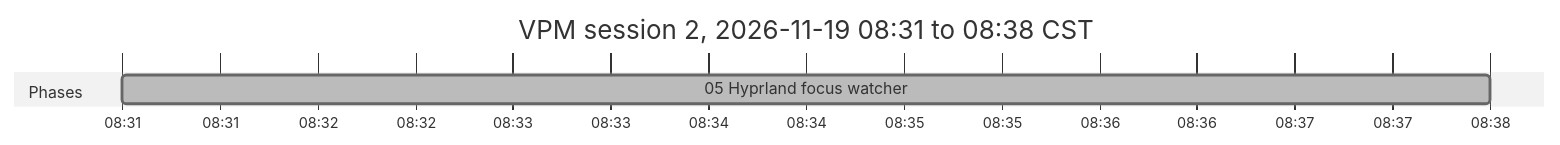
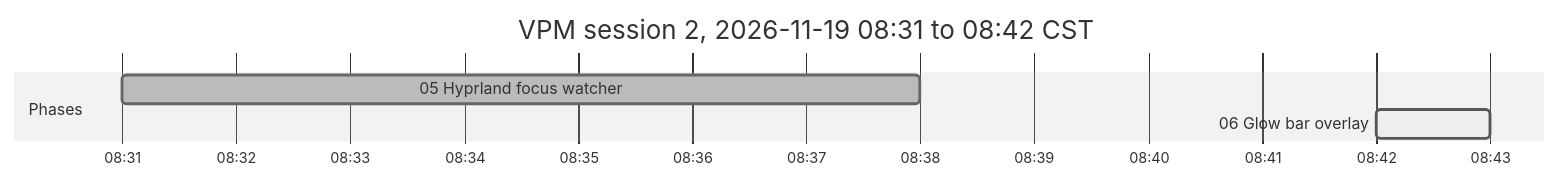
Before and after one commit to antonizick/VPNMonitor: the second of 2 diagrams in VPM_IMPLEMENTATION_PLAN.md, drawn with Mermaid (neutral theme). The commit also changed other lines of this file and 1 other file, not shown here.

Commit message:
docs(plan): refresh timeline

````diff
--- a/VPM_IMPLEMENTATION_PLAN.md
+++ b/VPM_IMPLEMENTATION_PLAN.md
@@ -67,8 +67,9 @@
 ```mermaid
 gantt
-    title VPM session 2, 2026-11-19 08:31 to 08:38 CST
+    title VPM session 2, 2026-11-19 08:31 to 08:42 CST
     dateFormat YYYY-MM-DD HH:mm
     axisFormat %H:%M
     section Phases
     05 Hyprland focus watcher :done, p05s2, 2026-11-19 08:31, 2026-11-19 08:38
+    06 Glow bar overlay :active, p06s2, 2026-11-19 08:42, 2026-11-19 08:43
 ```
````
